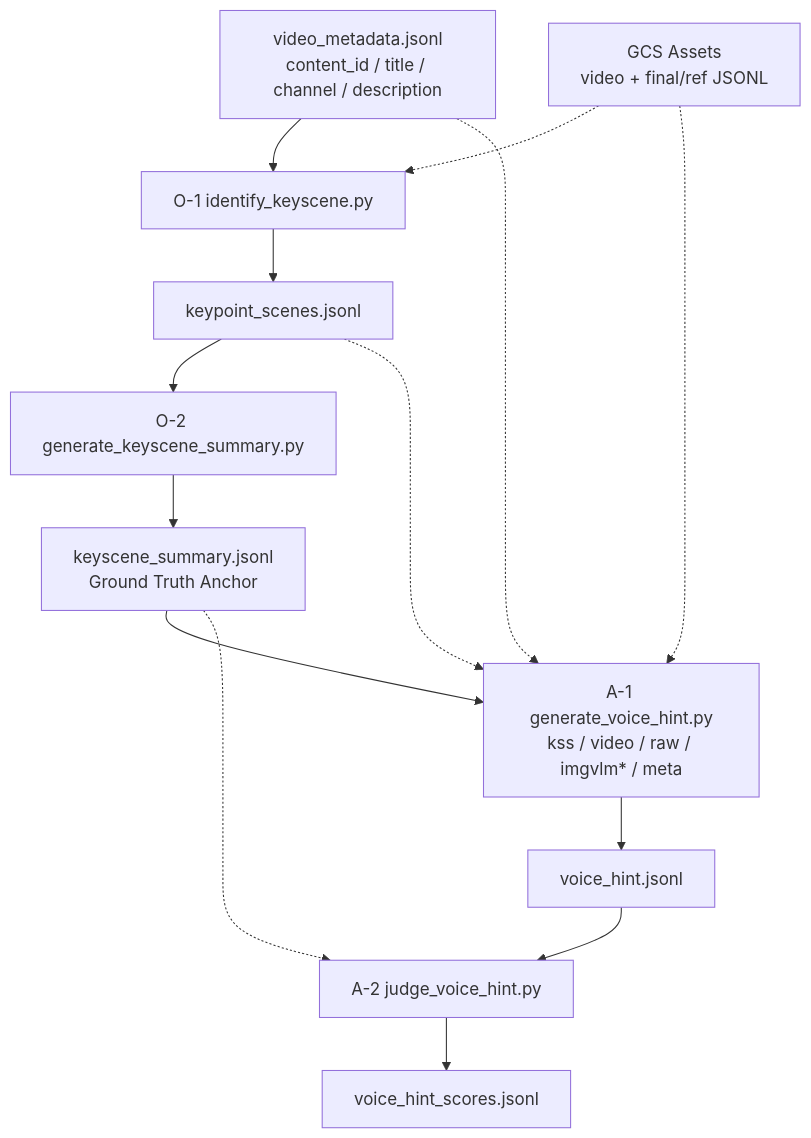
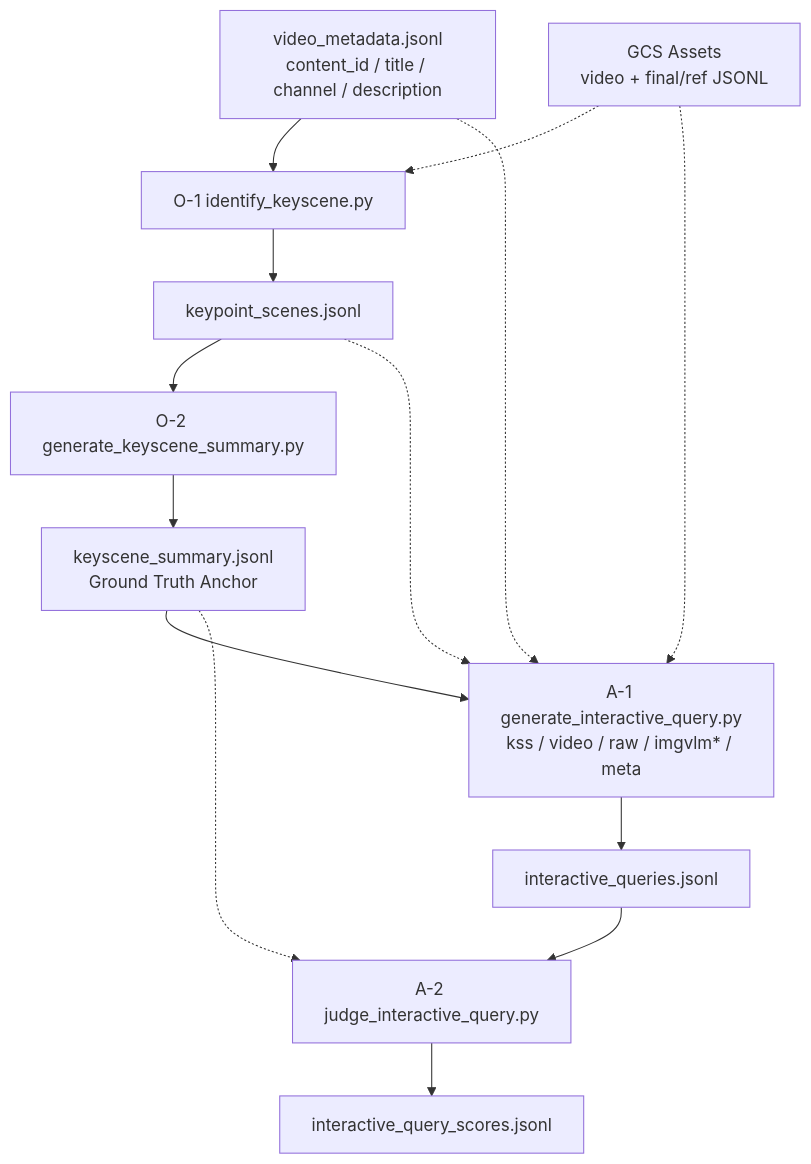
One commit to obeychoi0120/LLMJudge changed the diagram in README.md. Above: the diagram before and after it, drawn with Mermaid. The commit also changed other lines of this file and 10 other files, not shown here.

Commit message:
renamed VH to Interactive Query

````diff
--- a/README.md
+++ b/README.md
@@ -58,23 +58,23 @@
 ```mermaid
 flowchart TD
     VM["video_metadata.jsonl\ncontent_id / title / channel / description"]
     GCS["GCS Assets\nvideo + final/ref JSONL"]
 
     A1["O-1 identify_keyscene.py"]
     KP["keypoint_scenes.jsonl"]
     A2["O-2 generate_keyscene_summary.py"]
     KSS["keyscene_summary.jsonl\nGround Truth Anchor"]
-    A3["A-1 generate_voice_hint.py\nkss / video / raw / imgvlm* / meta"]
-    VH["voice_hint.jsonl"]
-    A4["A-2 judge_voice_hint.py"]
-    VHS["voice_hint_scores.jsonl"]
+    A3["A-1 generate_interactive_query.py\nkss / video / raw / imgvlm* / meta"]
+    IQ["interactive_queries.jsonl"]
+    A4["A-2 judge_interactive_query.py"]
+    IQS["interactive_query_scores.jsonl"]
 
     VM --> A1
     GCS -.-> A1
-    A1 --> KP --> A2 --> KSS --> A3 --> VH --> A4 --> VHS
+    A1 --> KP --> A2 --> KSS --> A3 --> IQ --> A4 --> IQS
 
     VM -.-> A3
     KP -.-> A3
     GCS -.-> A3
     KSS -.-> A4
 ```
````
